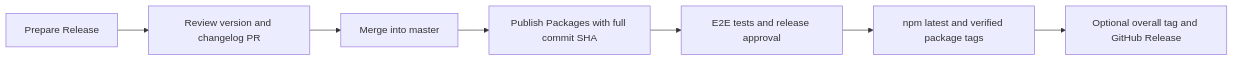
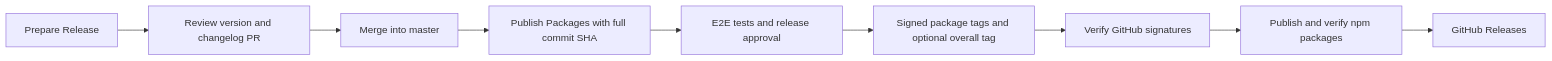
The diagram in RELEASING.md (suites-dev/unit), drawn with Mermaid before and after one commit. The commit also changed other lines of this file and 4 other files, not shown here.

Commit message:
ci(release): verify signed tags before npm publication [skip ci]

````diff
--- a/RELEASING.md
+++ b/RELEASING.md
@@ -5,9 +5,11 @@
 ```mermaid
 flowchart LR
   A[Prepare Release] --> B[Review version and changelog PR]
   B --> C[Merge into master]
   C --> D[Publish Packages with full commit SHA]
   D --> E[E2E tests and release approval]
-  E --> F[npm latest and verified package tags]
-  F --> G[Optional overall tag and GitHub Release]
+  E --> F[Signed package tags and optional overall tag]
+  F --> G[Verify GitHub signatures]
+  G --> H[Publish and verify npm packages]
+  H --> I[GitHub Releases]
 ```
````
